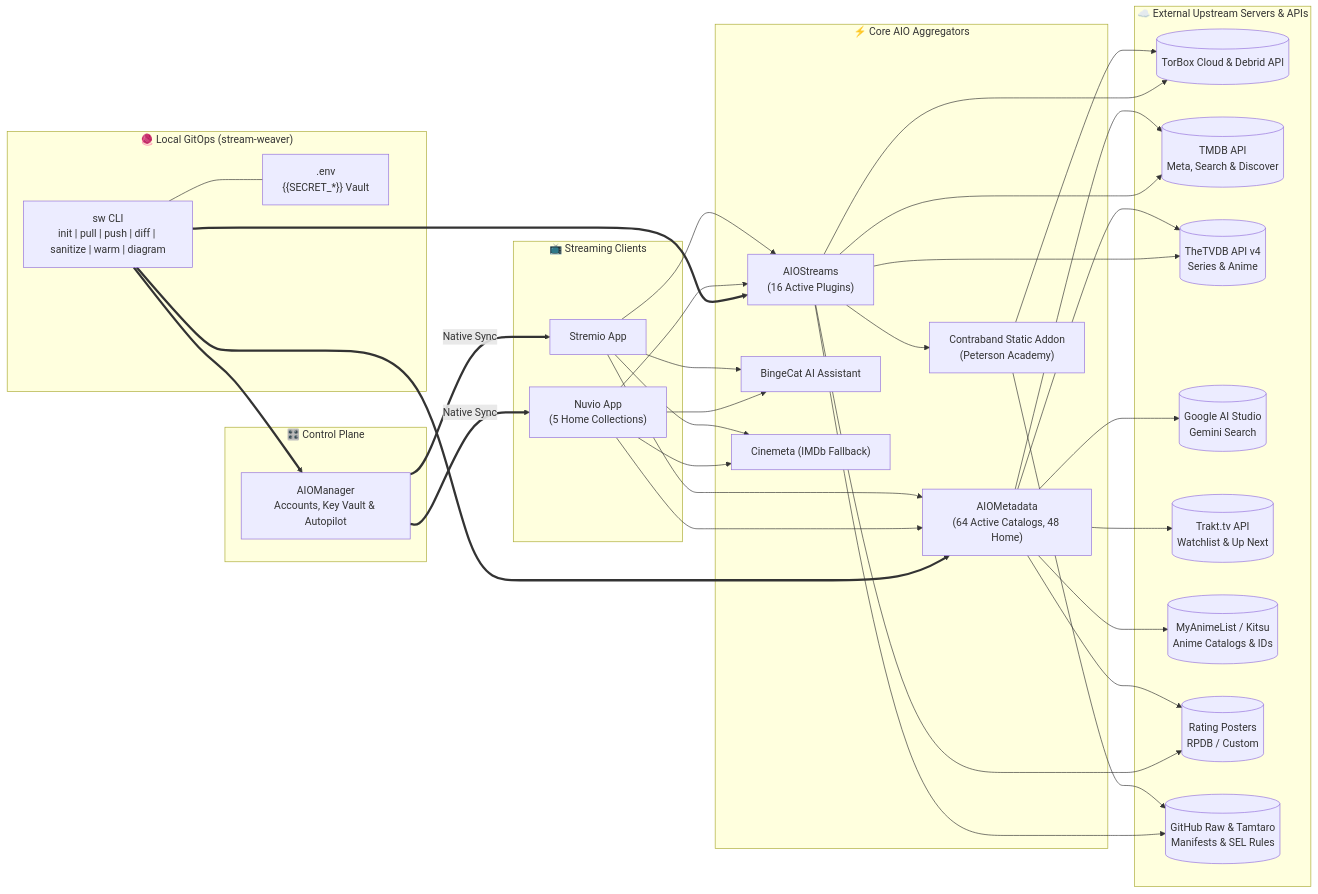
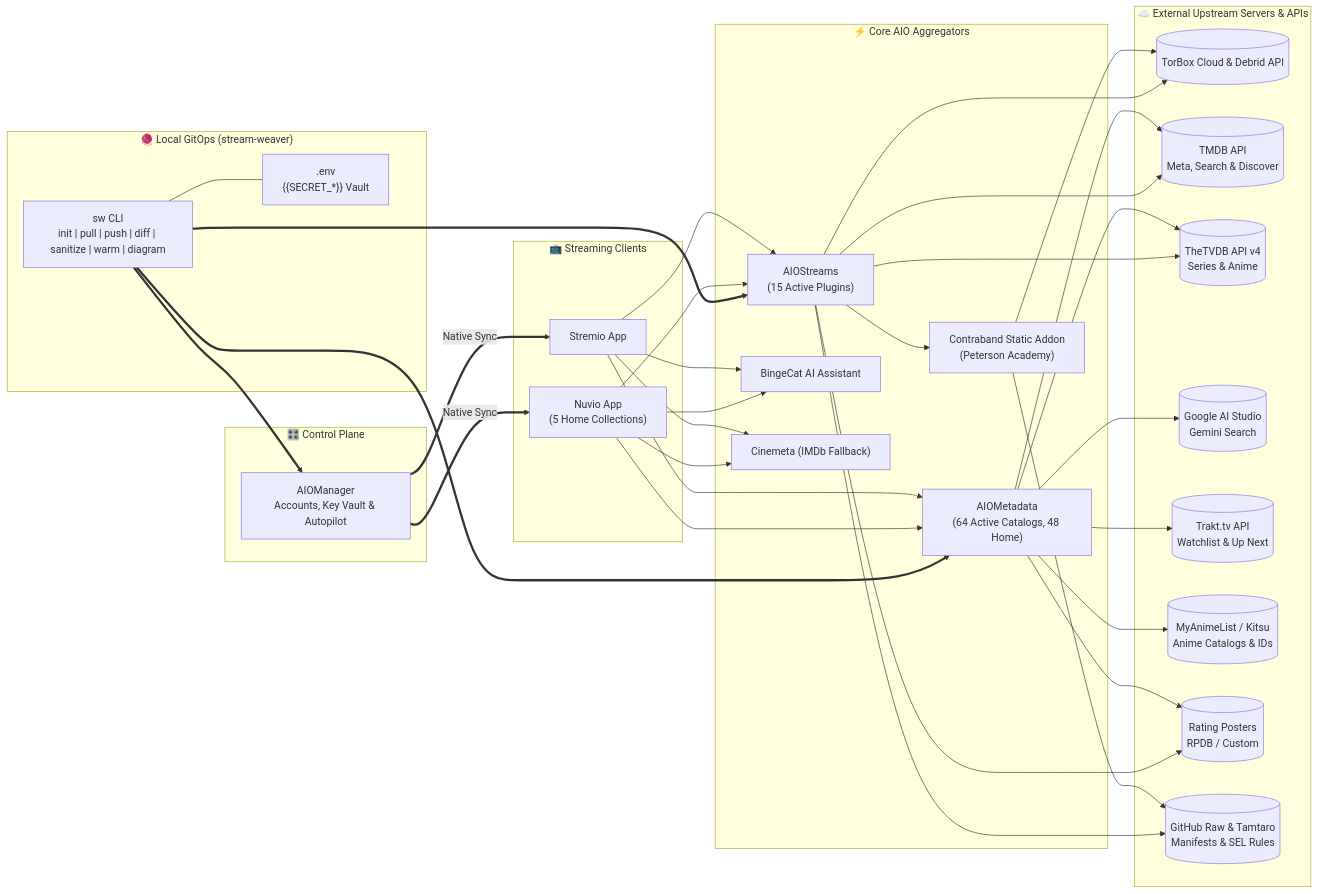
Before and after one commit to Darshan-AS/stream-weaver: the first of 3 diagrams in ARCHITECTURE.md, drawn with Mermaid. The commit also changed other lines of this file and 15 other files, not shown here.

````diff
--- a/ARCHITECTURE.md
+++ b/ARCHITECTURE.md
@@ -26,43 +26,43 @@
 ```mermaid
 flowchart LR
     subgraph GitOps["🧶 Local GitOps (stream-weaver)"]
         SW["sw CLI\ninit | pull | push | diff | sanitize | warm | diagram"]
         ENV[".env\n{{SECRET_*}} Vault"]
         SW --- ENV
     end
 
     subgraph Clients["📺 Streaming Clients"]
         Nuvio["Nuvio App\n(5 Home Collections)"]
         Stremio["Stremio App"]
     end
 
     subgraph Control["🎛️ Control Plane"]
         MGR["AIOManager\nAccounts, Key Vault & Autopilot"]
     end
 
     subgraph Aggregators["⚡ Core AIO Aggregators"]
-        AS["AIOStreams\n(16 Active Plugins)"]
+        AS["AIOStreams\n(15 Active Plugins)"]
         AM["AIOMetadata\n(64 Active Catalogs, 48 Home)"]
         BC["BingeCat AI Assistant"]
         CB["Contraband Static Addon\n(Peterson Academy)"]
         CM["Cinemeta (IMDb Fallback)"]
     end
 
     subgraph Upstream["☁️ External Upstream Servers & APIs"]
         DEB[("TorBox Cloud & Debrid API")]
         TMDB[("TMDB API\nMeta, Search & Discover")]
         TVDB[("TheTVDB API v4\nSeries & Anime")]
         GEM[("Google AI Studio\nGemini Search")]
         TRAKT[("Trakt.tv API\nWatchlist & Up Next")]
         MAL[("MyAnimeList / Kitsu\nAnime Catalogs & IDs")]
         POSTER[("Rating Posters\nRPDB / Custom")]
         GH[("GitHub Raw & Tamtaro\nManifests & SEL Rules")]
     end
 
     SW ==> MGR & AS & AM
     MGR == "Native Sync" ==> Nuvio & Stremio
     Nuvio & Stremio --> AS & AM & BC & CM
     AS --> CB & DEB & TMDB & TVDB & POSTER & GH
     CB --> GH & DEB
     AM --> TMDB & TVDB & GEM & TRAKT & MAL & POSTER
 ```
````
